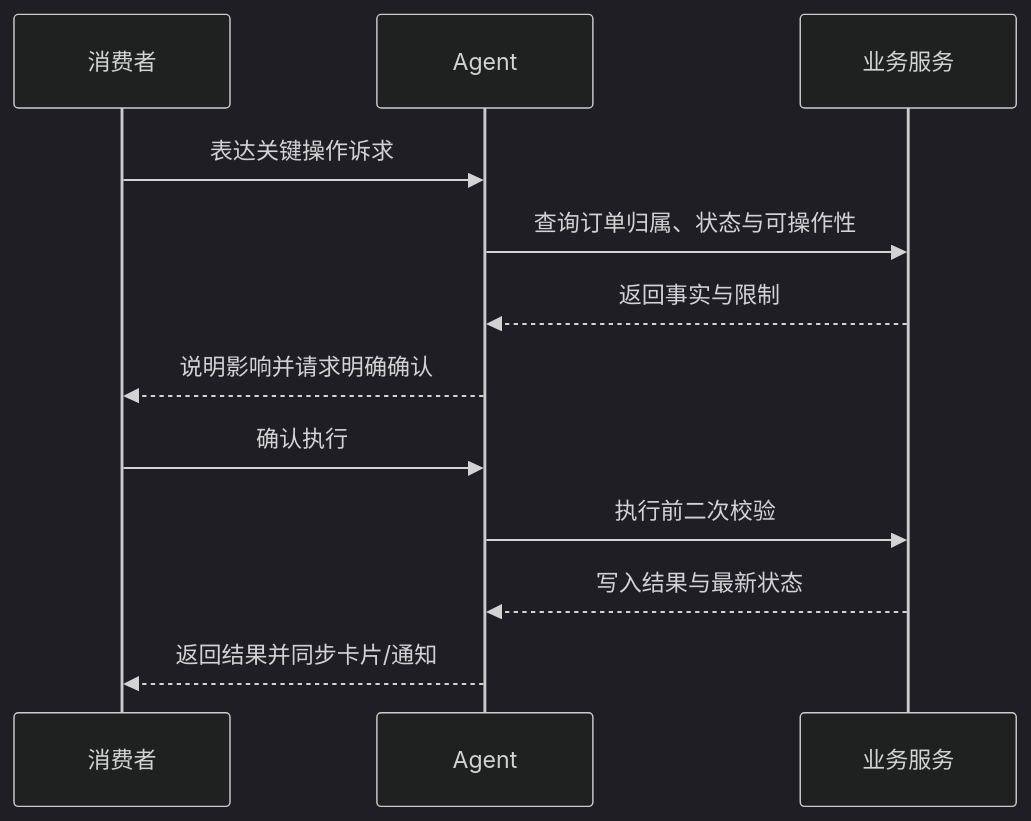
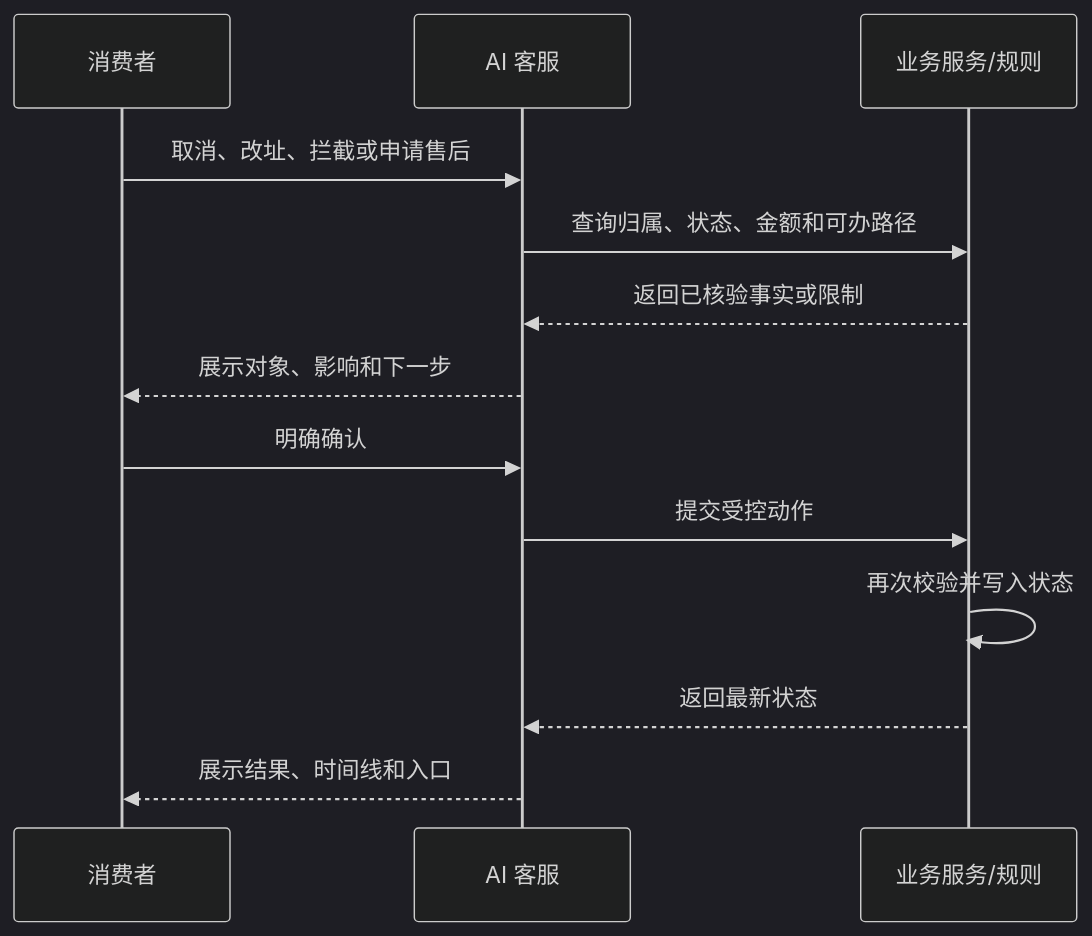
Before and after one commit to qrwuu/shopcare-ai-agent: the first of 2 diagrams in docs/ShopCare_PRD.md, drawn with Mermaid (dark theme). The commit also changed other lines of this file and 1 other file, not shown here.

````diff
--- a/docs/ShopCare_PRD.md
+++ b/docs/ShopCare_PRD.md
@@ -388,14 +189,15 @@
 ```mermaid
 sequenceDiagram
-    participant U as 消费者
-    participant A as Agent
-    participant S as 业务服务
-    U->>A: 表达关键操作诉求
-    A->>S: 查询订单归属、状态与可操作性
-    S-->>A: 返回事实与限制
-    A-->>U: 说明影响并请求明确确认
-    U->>A: 确认执行
-    A->>S: 执行前二次校验
-    S-->>A: 写入结果与最新状态
-    A-->>U: 返回结果并同步卡片/通知
+  participant U as 消费者
+  participant AI as AI 客服
+  participant S as 业务服务/规则
+  U->>AI: 取消、改址、拦截或申请售后
+  AI->>S: 查询归属、状态、金额和可办路径
+  S-->>AI: 返回已核验事实或限制
+  AI-->>U: 展示对象、影响和下一步
+  U->>AI: 明确确认
+  AI->>S: 提交受控动作
+  S->>S: 再次校验并写入状态
+  S-->>AI: 返回最新状态
+  AI-->>U: 展示结果、时间线和入口
 ```
````
